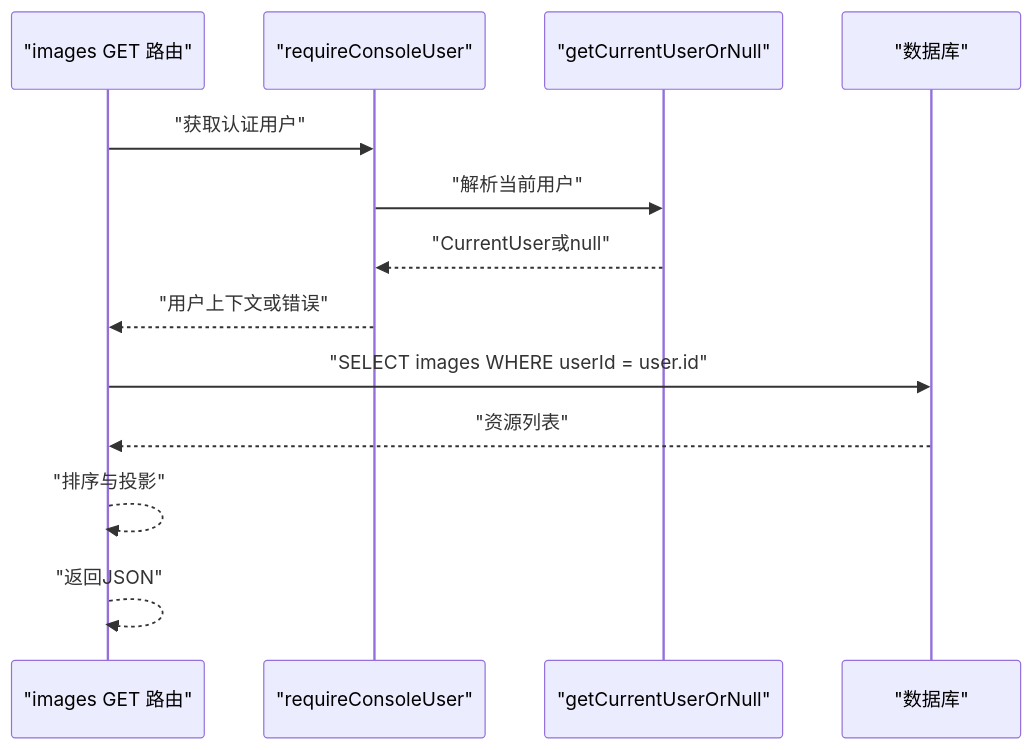
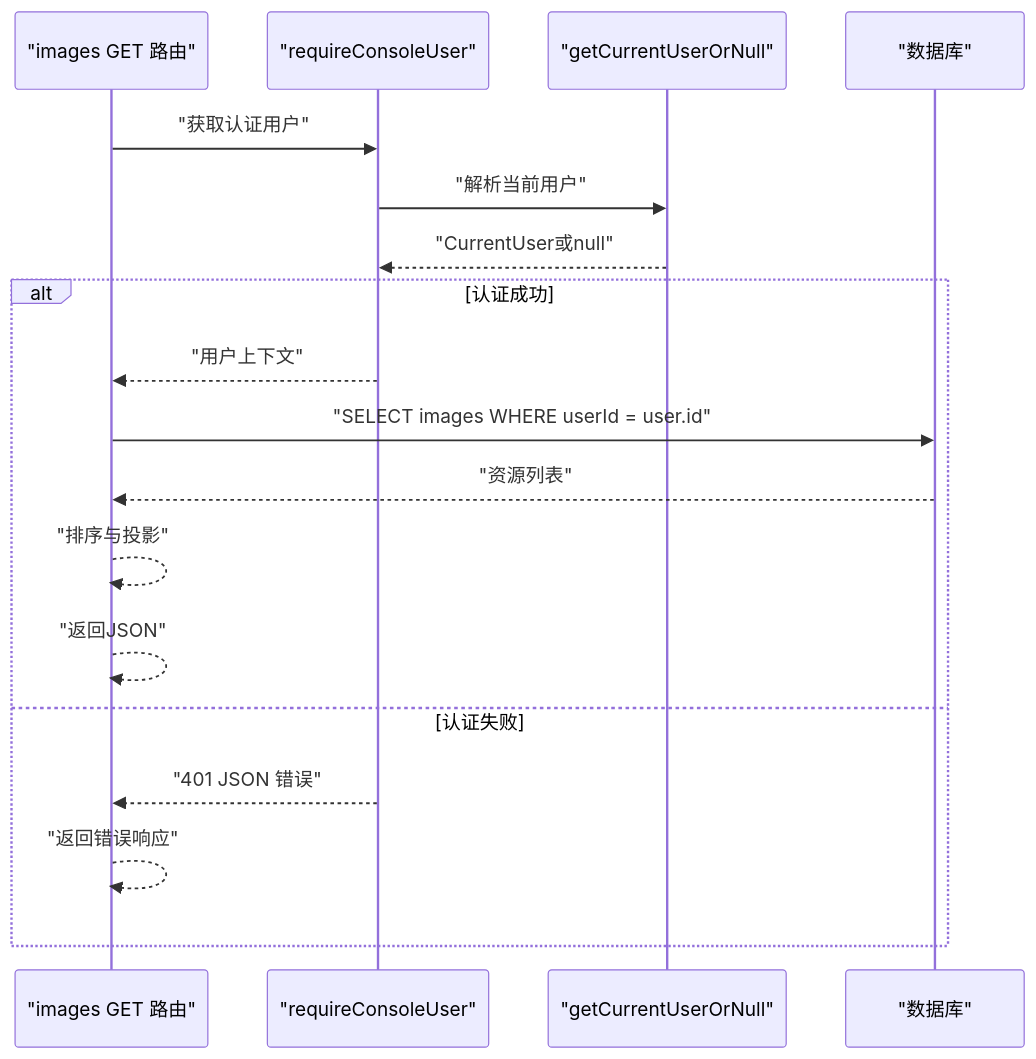
Before and after one commit to pnnh/weable: the seventh of 8 diagrams in .qoder/repowiki/zh/content/核心模块/认证系统.md, drawn with Mermaid. The commit also changed other lines of this file and 133 other files, not shown here.

Commit message:
实现基于浏览器自带AI识别图片内容功能

````diff
--- a/.qoder/repowiki/zh/content/核心模块/认证系统.md
+++ b/.qoder/repowiki/zh/content/核心模块/认证系统.md
@@ -289,15 +366,20 @@
 ```mermaid
 sequenceDiagram
 participant Route as "images GET 路由"
 participant Gate as "requireConsoleUser"
 participant Auth as "getCurrentUserOrNull"
 participant DB as "数据库"
 Route->>Gate : "获取认证用户"
 Gate->>Auth : "解析当前用户"
 Auth-->>Gate : "CurrentUser或null"
-Gate-->>Route : "用户上下文或错误"
+alt 认证成功
+Gate-->>Route : "用户上下文"
 Route->>DB : "SELECT images WHERE userId = user.id"
 DB-->>Route : "资源列表"
 Route-->>Route : "排序与投影"
 Route-->>Route : "返回JSON"
+else 认证失败
+Gate-->>Route : "401 JSON 错误"
+Route-->>Route : "返回错误响应"
+end
 ```
````
